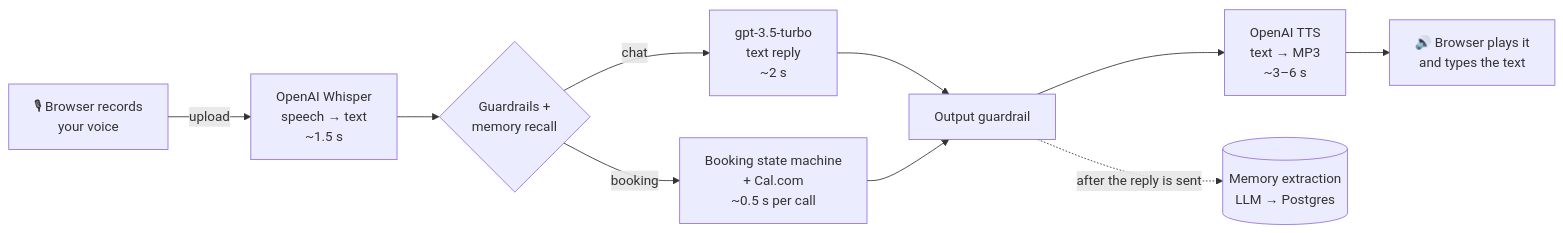
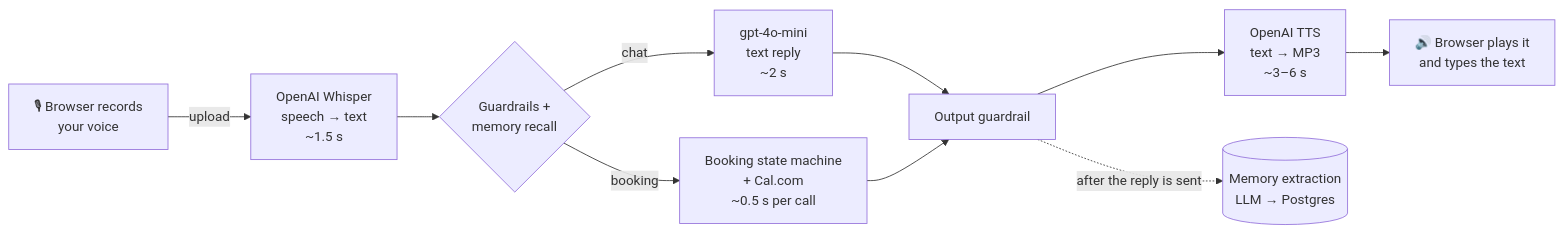
One commit to HamzaKhalidDhillon/sarjy_demo changed the diagram in README.md. Above: the diagram before and after it, drawn with Mermaid. The commit also changed other lines of this file and 9 other files, not shown here.

````diff
--- a/README.md
+++ b/README.md
@@ -18,12 +18,12 @@
 ```mermaid
 flowchart LR
     A["🎙 Browser records<br/>your voice"] -->|upload| B["OpenAI Whisper<br/>speech → text<br/>~1.5 s"]
     B --> C{"Guardrails +<br/>memory recall"}
-    C -->|chat| D["gpt-3.5-turbo<br/>text reply<br/>~2 s"]
+    C -->|chat| D["gpt-4o-mini<br/>text reply<br/>~2 s"]
     C -->|booking| E["Booking state machine<br/>+ Cal.com<br/>~0.5 s per call"]
     D --> F["Output guardrail"]
     E --> F
     F --> G["OpenAI TTS<br/>text → MP3<br/>~3–6 s"]
     G --> H["🔊 Browser plays it<br/>and types the text"]
     F -. "after the reply is sent" .-> M[("Memory extraction<br/>LLM → Postgres")]
 ```
````
